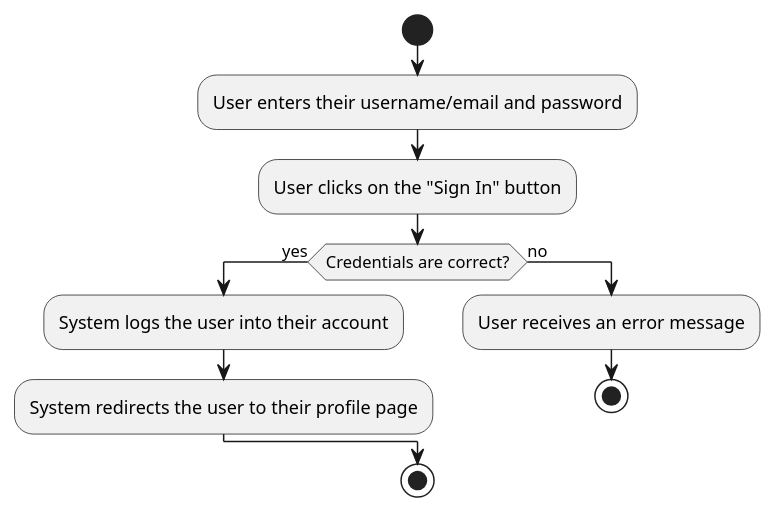
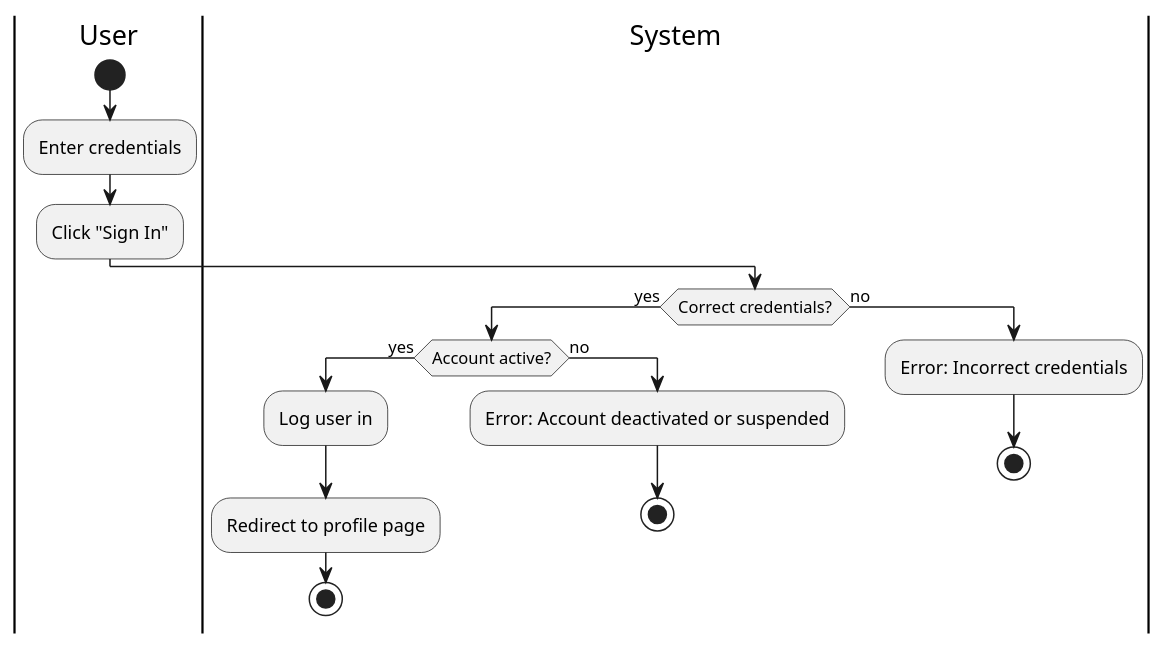
One commit to tungbeo0221/Forked-crosscodex.github.io changed the second of 22 diagrams in docs/checkpoint_1/use_cases.md. Above: the diagram before and after it, drawn with PlantUML. The commit also changed other lines of this file and 39 other files, not shown here.

````diff
--- a/docs/checkpoint_1/use_cases.md
+++ b/docs/checkpoint_1/use_cases.md
@@ -54,15 +61,22 @@
 ```plantuml
 @startuml
+|User|
 start
-:User enters their username/email and password;
-:User clicks on the "Sign In" button;
-if (Credentials are correct?) then (yes)
-  :System logs the user into their account;
-  :System redirects the user to their profile page;
+:Enter credentials;
+:Click "Sign In";
+|System|
+if (Correct credentials?) then (yes)
+  if (Account active?) then (yes)
+    :Log user in;
+    :Redirect to profile page;
+    stop
+  else (no)
+    :Error: Account deactivated or suspended;
+    stop
+  endif
 else (no)
-  :User receives an error message;
+  :Error: Incorrect credentials;
   stop
 endif
-stop
 @enduml
 ```
````
